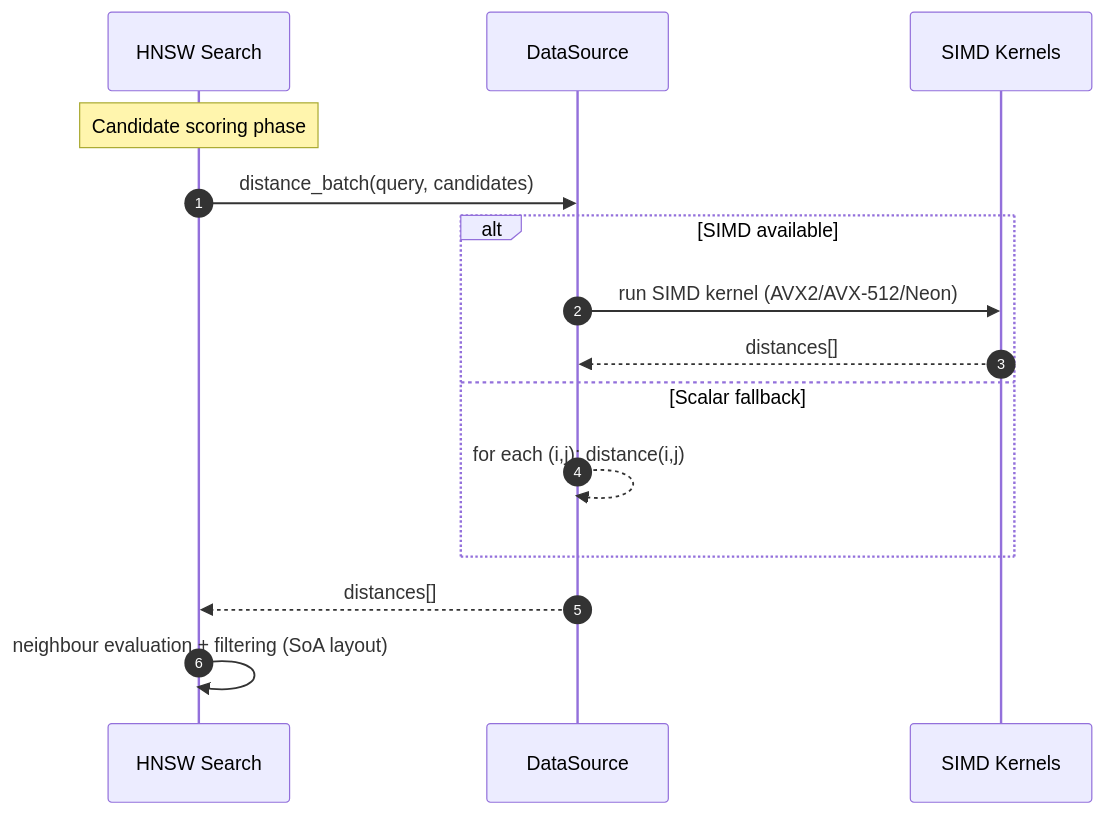
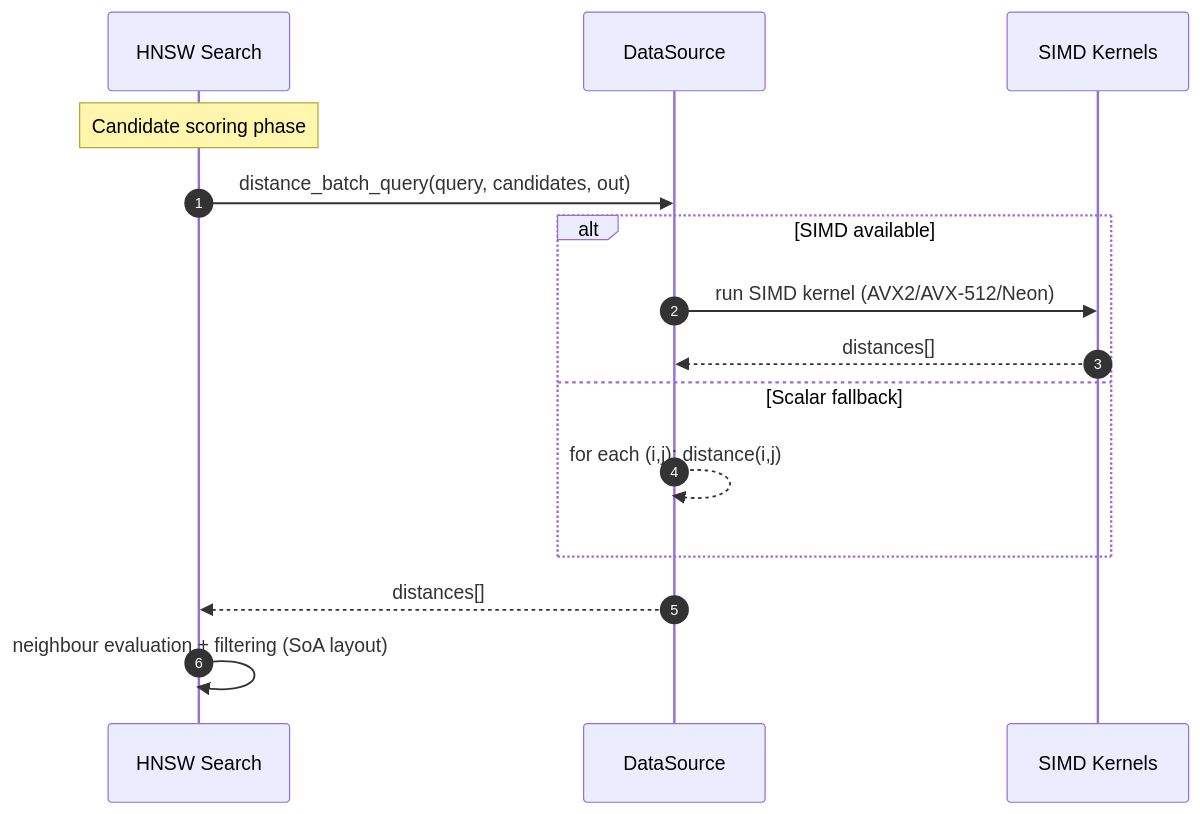
The first of 2 diagrams in docs/chutoro-design.md (leynos/chutoro), drawn with Mermaid before and after one commit. The commit also changed other lines of this file, not shown here.

First line of the commit message:
feat(distance-batch): add query-centric distance_batch_query for SIMD optimization

````diff
--- a/docs/chutoro-design.md
+++ b/docs/chutoro-design.md
@@ -941,20 +943,20 @@
 ```mermaid
 sequenceDiagram
   autonumber
   participant HNSW as HNSW Search
   participant DS as DataSource
   participant Kern as SIMD Kernels
 
   Note over HNSW: Candidate scoring phase
-  HNSW->>DS: distance_batch(query, candidates)
+  HNSW->>DS: distance_batch_query(query, candidates, out)
   alt SIMD available
     DS->>Kern: run SIMD kernel (AVX2/AVX-512/Neon)
     Kern-->>DS: distances[]
   else Scalar fallback
     DS-->>DS: for each (i,j): distance(i,j)
   end
   DS-->>HNSW: distances[]
   HNSW->>HNSW: neighbour evaluation + filtering (SoA layout)
   %% Note: CPUID/feature detection and function-pointer dispatch occur once during
   %% initialization; kernel call-sites remain branch-free.
 ```
````
